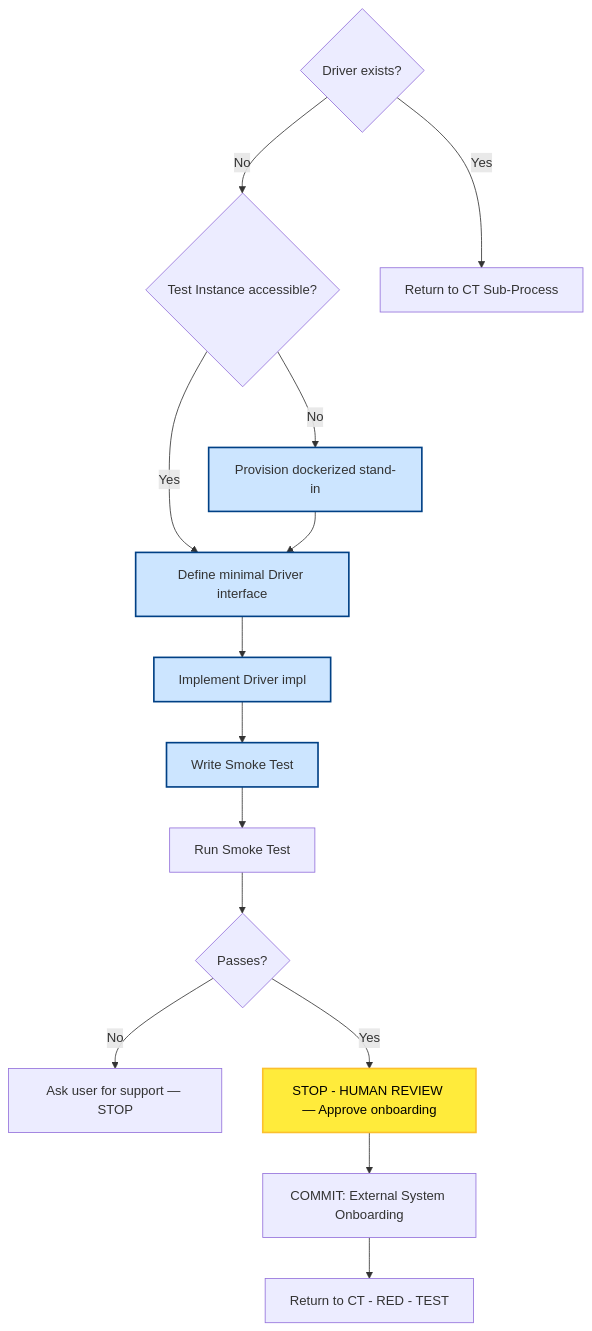
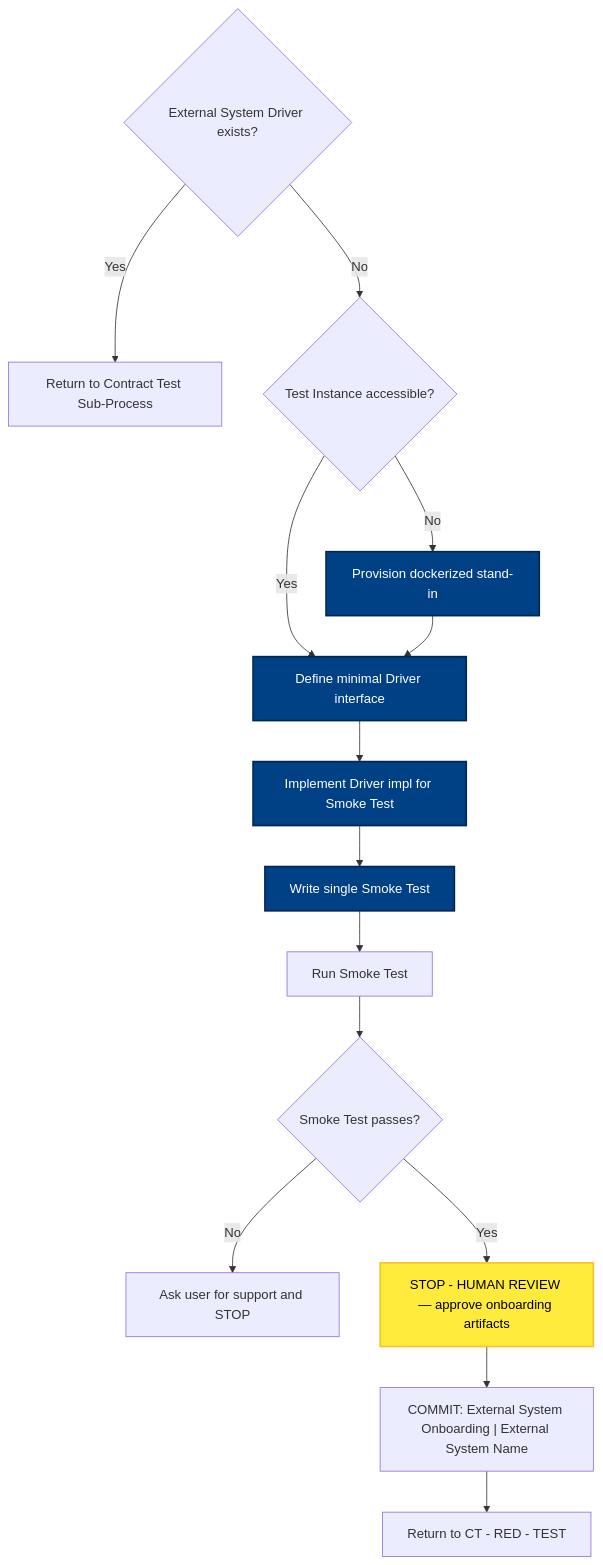
One commit to optivem/starter changed the fifth of 10 diagrams in docs/atdd/process/diagram-process.md. Above: the diagram before and after it, drawn with Mermaid. The commit also changed other lines of this file and 2 other files, not shown here.

````diff
--- a/docs/atdd/process/diagram-process.md
+++ b/docs/atdd/process/diagram-process.md
@@ -167,35 +163,35 @@
 ```mermaid
 flowchart TD
-    DRIVER_GATE{Driver exists?}
-    INSTANCE_GATE{Test Instance accessible?}
+    GATE_DRIVER{External System Driver exists?}
+    RETURN_EARLY[Return to Contract Test Sub-Process]
+    GATE_INSTANCE{Test Instance accessible?}
     PROVISION[Provision dockerized stand-in]
     DEFINE_IFACE[Define minimal Driver interface]
-    IMPL_DRIVER[Implement Driver impl]
-    WRITE_SMOKE[Write Smoke Test]
+    IMPL_DRIVER[Implement Driver impl for Smoke Test]
+    WRITE_SMOKE[Write single Smoke Test]
     RUN_SMOKE[Run Smoke Test]
-    SMOKE_PASS{Passes?}
-    ASK_SUPPORT[Ask user for support — STOP]
-    STOP_REVIEW[STOP - HUMAN REVIEW — Approve onboarding]
-    COMMIT[COMMIT: External System Onboarding]
-    RETURN_EARLY[Return to CT Sub-Process]
-    RETURN[Return to CT - RED - TEST]
+    SMOKE_PASS{Smoke Test passes?}
+    ASK_STOP[Ask user for support and STOP]
+    STOP_REVIEW["STOP - HUMAN REVIEW — approve onboarding artifacts"]
+    COMMIT_ONBOARD["COMMIT: External System Onboarding | External System Name"]
+    RETURN_CT[Return to CT - RED - TEST]
 
-    DRIVER_GATE -->|Yes| RETURN_EARLY
-    DRIVER_GATE -->|No| INSTANCE_GATE
-    INSTANCE_GATE -->|Yes| DEFINE_IFACE
-    INSTANCE_GATE -->|No| PROVISION
+    GATE_DRIVER -->|Yes| RETURN_EARLY
+    GATE_DRIVER -->|No| GATE_INSTANCE
+    GATE_INSTANCE -->|Yes| DEFINE_IFACE
+    GATE_INSTANCE -->|No| PROVISION
     PROVISION --> DEFINE_IFACE
     DEFINE_IFACE --> IMPL_DRIVER
     IMPL_DRIVER --> WRITE_SMOKE
     WRITE_SMOKE --> RUN_SMOKE
     RUN_SMOKE --> SMOKE_PASS
-    SMOKE_PASS -->|No| ASK_SUPPORT
+    SMOKE_PASS -->|No| ASK_STOP
     SMOKE_PASS -->|Yes| STOP_REVIEW
-    STOP_REVIEW --> COMMIT
-    COMMIT --> RETURN
+    STOP_REVIEW --> COMMIT_ONBOARD
+    COMMIT_ONBOARD --> RETURN_CT
 
-    classDef effortNode fill:#cce5ff,stroke:#004085,stroke-width:2px
+    classDef effortNode fill:#004085,stroke:#002752,stroke-width:2px,color:#ffffff
     class PROVISION,DEFINE_IFACE,IMPL_DRIVER,WRITE_SMOKE effortNode
     classDef humanReviewNode fill:#ffeb3b,stroke:#fbc02d,stroke-width:2px,color:#000
     class STOP_REVIEW humanReviewNode
 ```
````
